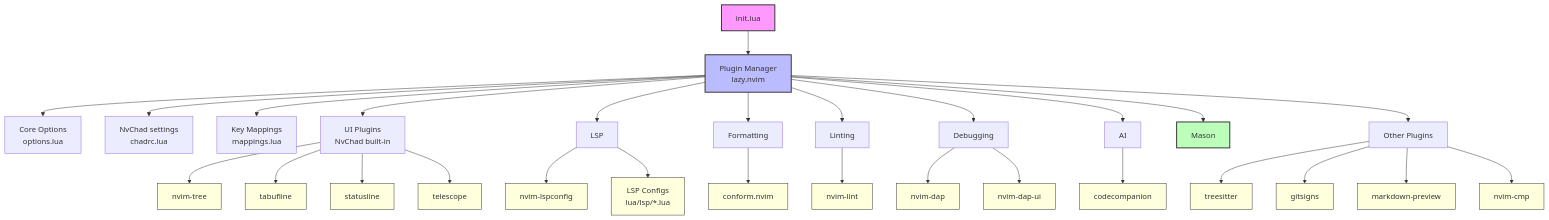
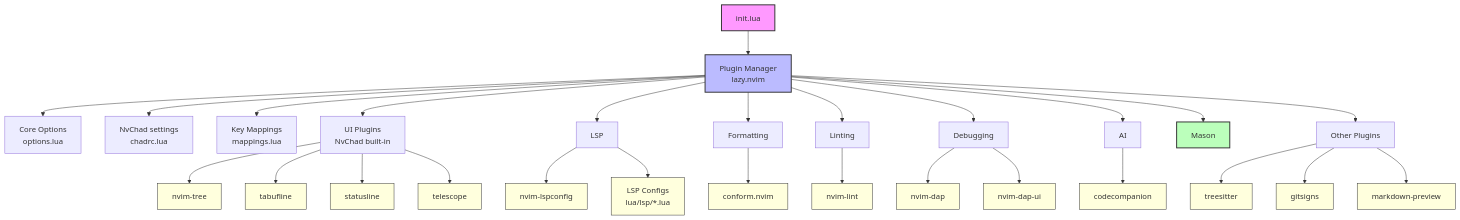
One commit to le4ker/blog changed the diagram in _posts/2026-01-01-nvmegachad.md. Above: the diagram before and after it, drawn with Mermaid.

Commit message:
update post

````diff
--- a/_posts/2026-01-01-nvmegachad.md
+++ b/_posts/2026-01-01-nvmegachad.md
@@ -74,57 +74,55 @@
 ```mermaid!
 flowchart TD
     A[init.lua] --> B[Plugin Manager<br/>lazy.nvim]
 
     B --> C[Core Options<br/>options.lua]
     B --> C1[NvChad settings<br/>chadrc.lua]
     B --> D[Key Mappings<br/>mappings.lua]
     B --> E[UI Plugins<br/>NvChad built-in]
 
     E --> E1[nvim-tree]
     E --> E2[tabufline]
     E --> E3[statusline]
     E --> E4[telescope]
 
     B --> F[LSP]
     B --> G[Formatting]
     B --> Q[Linting]
     B --> H[Debugging]
     B --> I[AI]
     B --> P[Mason]
     B --> R[Other Plugins]
 
     F --> K[nvim-lspconfig]
     F --> J[LSP Configs<br/>lua/lsp/*.lua]
 
     G --> L[conform.nvim]
     Q --> M[nvim-lint]
 
     H --> N[nvim-dap]
     H --> O[nvim-dap-ui]
 
     I --> I1[codecompanion]
 
     R --> R1[treesitter]
     R --> R2[gitsigns]
     R --> R3[markdown-preview]
-    R --> R4[nvim-cmp]
 
     style A fill:#f9f,stroke:#333,stroke-width:2px
     style B fill:#bbf,stroke:#333,stroke-width:2px
     style P fill:#bfb,stroke:#333,stroke-width:2px
     style E1 fill:#ffd,stroke:#333
     style E2 fill:#ffd,stroke:#333
     style E3 fill:#ffd,stroke:#333
     style E4 fill:#ffd,stroke:#333
     style J fill:#ffd,stroke:#333
     style K fill:#ffd,stroke:#333
     style L fill:#ffd,stroke:#333
     style M fill:#ffd,stroke:#333
     style N fill:#ffd,stroke:#333
     style O fill:#ffd,stroke:#333
     style I1 fill:#ffd,stroke:#333
     style R1 fill:#ffd,stroke:#333
     style R2 fill:#ffd,stroke:#333
     style R3 fill:#ffd,stroke:#333
-    style R4 fill:#ffd,stroke:#333
 ```
````
